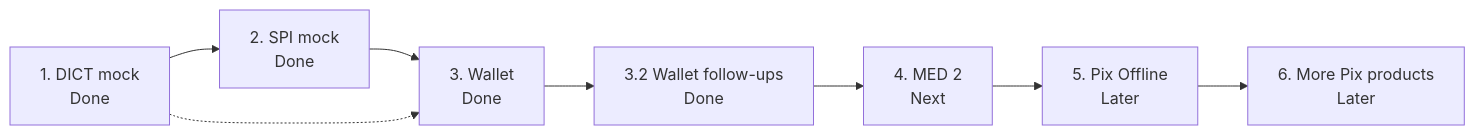
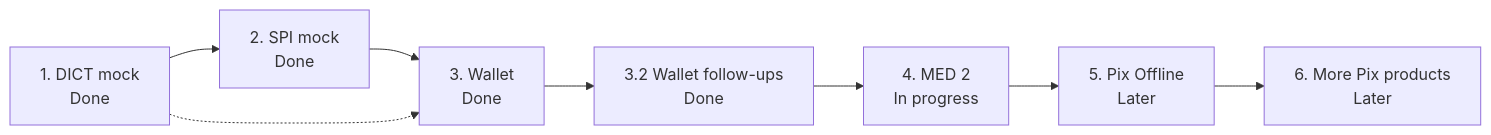
One commit to piovani/pix_fake changed the diagram in docs/roadmap.md. Above: the diagram before and after it, drawn with Mermaid. The commit also changed other lines of this file and 31 other files, not shown here.

````diff
--- a/docs/roadmap.md
+++ b/docs/roadmap.md
@@ -5,10 +5,10 @@
 ```mermaid
 flowchart LR
     P1["1. DICT mock<br/>Done"] --> P2["2. SPI mock<br/>Done"]
     P2 --> P3["3. Wallet<br/>Done"]
     P3 --> P32["3.2 Wallet follow-ups<br/>Done"]
-    P32 --> P4["4. MED 2<br/>Next"]
+    P32 --> P4["4. MED 2<br/>In progress"]
     P4 --> P5["5. Pix Offline<br/>Later"]
     P5 --> P6["6. More Pix products<br/>Later"]
     P1 -.-> P3
 ```
````
